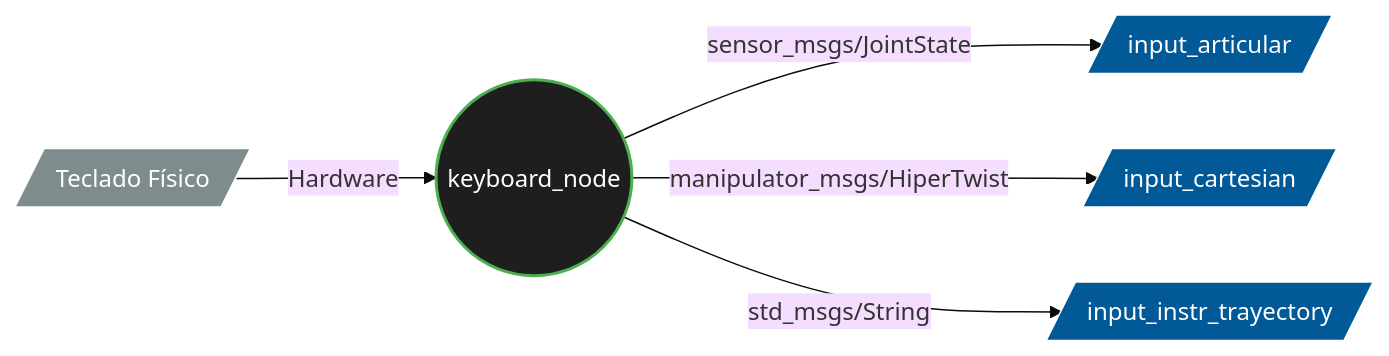
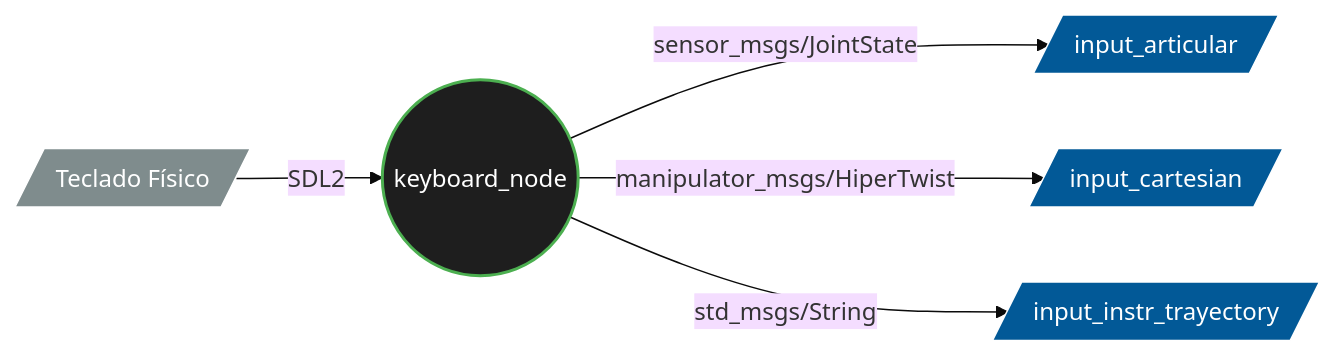
The first of 3 diagrams in src/manual_user_interface/README.md (chechuu85/manipulator_roborescue), drawn with Mermaid (base theme) before and after one commit. The commit also changed other lines of this file, not shown here.

````diff
--- a/src/manual_user_interface/README.md
+++ b/src/manual_user_interface/README.md
@@ -20,15 +20,15 @@
 ```mermaid
 graph LR
-    A[/Teclado Físico<br/] -->|Hardware| B((keyboard_node))
+    A[/Teclado Físico<br/] -->|SDL2| B((keyboard_node))
     B -->|sensor_msgs/JointState| C[/input_articular/]
     B -->|manipulator_msgs/HiperTwist| D[/input_cartesian/]
     B -->|std_msgs/String| E[/input_instr_trayectory/]
     
     classDef node fill:#1e1e1e,stroke:#4CAF50,stroke-width:2px,color:#fff;
     classDef topic fill:#025997,stroke:#fff,stroke-width:1px,color:#fff;
     classDef hw fill:#7f8c8d,stroke:#fff,stroke-width:1px,color:#fff;
     
     class B node;
     class C,D,E topic;
     class A hw;
 ```
````
